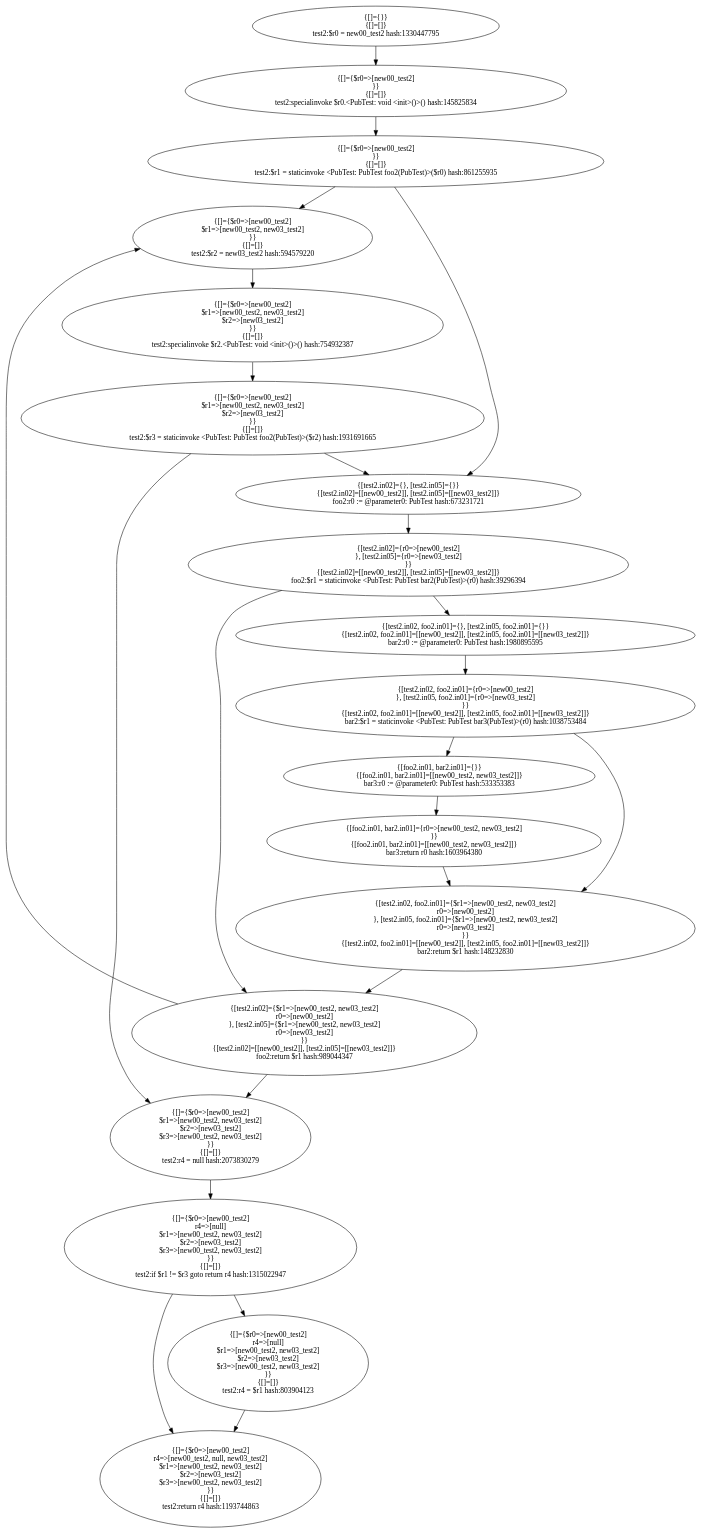
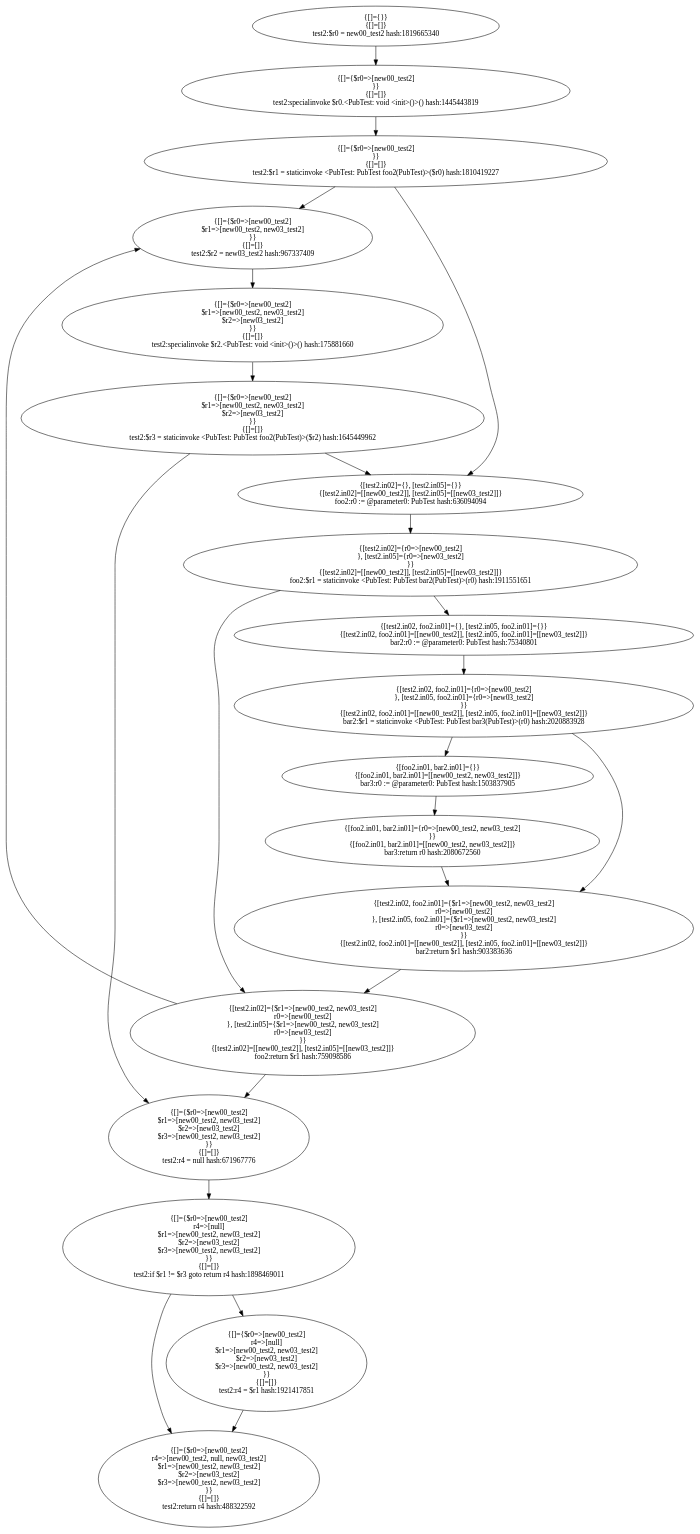
Before and after one commit to khushit-shah/PointsToAnalysisJava: the diagram in target1-pub/PubTest.test2.dot, drawn with Graphviz. The commit also changed 94 other files, not shown here.

```diff
--- a/target1-pub/PubTest.test2.dot
+++ b/target1-pub/PubTest.test2.dot
@@ -1,39 +1,39 @@
 digraph "./target1-pub/PubTest.test2" {
     "{[]={}}
 {[]=[]}
-test2:$r0 = new00_test2 hash:1330447795";
+test2:$r0 = new00_test2 hash:1819665340";
     "{[]={$r0=>[new00_test2]
 }}
 {[]=[]}
-test2:specialinvoke $r0.<PubTest: void <init>()>() hash:145825834";
+test2:specialinvoke $r0.<PubTest: void <init>()>() hash:1445443819";
     "{[]={$r0=>[new00_test2]
 }}
 {[]=[]}
-test2:$r1 = staticinvoke <PubTest: PubTest foo2(PubTest)>($r0) hash:861255935";
+test2:$r1 = staticinvoke <PubTest: PubTest foo2(PubTest)>($r0) hash:1810419227";
     "{[]={$r0=>[new00_test2]
 $r1=>[new00_test2, new03_test2]
 }}
 {[]=[]}
-test2:$r2 = new03_test2 hash:594579220";
+test2:$r2 = new03_test2 hash:967337409";
     "{[]={$r0=>[new00_test2]
 $r1=>[new00_test2, new03_test2]
 $r2=>[new03_test2]
 }}
 {[]=[]}
-test2:specialinvoke $r2.<PubTest: void <init>()>() hash:754932387";
+test2:specialinvoke $r2.<PubTest: void <init>()>() hash:175881660";
     "{[]={$r0=>[new00_test2]
 $r1=>[new00_test2, new03_test2]
 $r2=>[new03_test2]
 }}
 {[]=[]}
-test2:$r3 = staticinvoke <PubTest: PubTest foo2(PubTest)>($r2) hash:1931691665";
+test2:$r3 = staticinvoke <PubTest: PubTest foo2(PubTest)>($r2) hash:1645449962";
     "{[]={$r0=>[new00_test2]
 $r1=>[new00_test2, new03_test2]
 $r2=>[new03_test2]
 $r3=>[new00_test2, new03_test2]
 }}
 {[]=[]}
-test2:r4 = null hash:2073830279";
+test2:r4 = null hash:671967776";
     "{[]={$r0=>[new00_test2]
 r4=>[null]
 $r1=>[new00_test2, new03_test2]
@@ -41,7 +41,7 @@
 $r3=>[new00_test2, new03_test2]
 }}
 {[]=[]}
-test2:if $r1 != $r3 goto return r4 hash:1315022947";
+test2:if $r1 != $r3 goto return r4 hash:1898469011";
     "{[]={$r0=>[new00_test2]
 r4=>[null]
 $r1=>[new00_test2, new03_test2]
@@ -49,7 +49,7 @@
 $r3=>[new00_test2, new03_test2]
 }}
 {[]=[]}
-test2:r4 = $r1 hash:803904123";
+test2:r4 = $r1 hash:1921417851";
     "{[]={$r0=>[new00_test2]
 r4=>[new00_test2, null, new03_test2]
 $r1=>[new00_test2, new03_test2]
@@ -57,126 +57,126 @@
 $r3=>[new00_test2, new03_test2]
 }}
 {[]=[]}
-test2:return r4 hash:1193744863";
+test2:return r4 hash:488322592";
     "{[test2.in02]={}, [test2.in05]={}}
 {[test2.in02]=[[new00_test2]], [test2.in05]=[[new03_test2]]}
-foo2:r0 := @parameter0: PubTest hash:673231721";
+foo2:r0 := @parameter0: PubTest hash:636094094";
     "{[test2.in02]={r0=>[new00_test2]
 }, [test2.in05]={r0=>[new03_test2]
 }}
 {[test2.in02]=[[new00_test2]], [test2.in05]=[[new03_test2]]}
-foo2:$r1 = staticinvoke <PubTest: PubTest bar2(PubTest)>(r0) hash:39296394";
+foo2:$r1 = staticinvoke <PubTest: PubTest bar2(PubTest)>(r0) hash:1911551651";
     "{[test2.in02]={$r1=>[new00_test2, new03_test2]
 r0=>[new00_test2]
 }, [test2.in05]={$r1=>[new00_test2, new03_test2]
 r0=>[new03_test2]
 }}
 {[test2.in02]=[[new00_test2]], [test2.in05]=[[new03_test2]]}
-foo2:return $r1 hash:989044347";
+foo2:return $r1 hash:759098586";
     "{[test2.in02, foo2.in01]={}, [test2.in05, foo2.in01]={}}
 {[test2.in02, foo2.in01]=[[new00_test2]], [test2.in05, foo2.in01]=[[new03_test2]]}
-bar2:r0 := @parameter0: PubTest hash:1980895595";
+bar2:r0 := @parameter0: PubTest hash:75340801";
     "{[test2.in02, foo2.in01]={r0=>[new00_test2]
 }, [test2.in05, foo2.in01]={r0=>[new03_test2]
 }}
 {[test2.in02, foo2.in01]=[[new00_test2]], [test2.in05, foo2.in01]=[[new03_test2]]}
-bar2:$r1 = staticinvoke <PubTest: PubTest bar3(PubTest)>(r0) hash:1038753484";
+bar2:$r1 = staticinvoke <PubTest: PubTest bar3(PubTest)>(r0) hash:2020883928";
     "{[test2.in02, foo2.in01]={$r1=>[new00_test2, new03_test2]
 r0=>[new00_test2]
 }, [test2.in05, foo2.in01]={$r1=>[new00_test2, new03_test2]
 r0=>[new03_test2]
 }}
 {[test2.in02, foo2.in01]=[[new00_test2]], [test2.in05, foo2.in01]=[[new03_test2]]}
-bar2:return $r1 hash:148232830";
+bar2:return $r1 hash:903383636";
     "{[foo2.in01, bar2.in01]={}}
 {[foo2.in01, bar2.in01]=[[new00_test2, new03_test2]]}
-bar3:r0 := @parameter0: PubTest hash:533353383";
+bar3:r0 := @parameter0: PubTest hash:1503837905";
     "{[foo2.in01, bar2.in01]={r0=>[new00_test2, new03_test2]
 }}
 {[foo2.in01, bar2.in01]=[[new00_test2, new03_test2]]}
-bar3:return r0 hash:1603964380";
+bar3:return r0 hash:2080672560";
     "{[]={}}
 {[]=[]}
-test2:$r0 = new00_test2 hash:1330447795"->"{[]={$r0=>[new00_test2]
+test2:$r0 = new00_test2 hash:1819665340"->"{[]={$r0=>[new00_test2]
 }}
 {[]=[]}
-test2:specialinvoke $r0.<PubTest: void <init>()>() hash:145825834";
+test2:specialinvoke $r0.<PubTest: void <init>()>() hash:1445443819";
     "{[]={$r0=>[new00_test2]
 }}
 {[]=[]}
-test2:specialinvoke $r0.<PubTest: void <init>()>() hash:145825834"->"{[]={$r0=>[new00_test2]
+test2:specialinvoke $r0.<PubTest: void <init>()>() hash:1445443819"->"{[]={$r0=>[new00_test2]
 }}
 {[]=[]}
-test2:$r1 = staticinvoke <PubTest: PubTest foo2(PubTest)>($r0) hash:861255935";
+test2:$r1 = staticinvoke <PubTest: PubTest foo2(PubTest)>($r0) hash:1810419227";
     "{[]={$r0=>[new00_test2]
 }}
 {[]=[]}
-test2:$r1 = staticinvoke <PubTest: PubTest foo2(PubTest)>($r0) hash:861255935"->"{[]={$r0=>[new00_test2]
+test2:$r1 = staticinvoke <PubTest: PubTest foo2(PubTest)>($r0) hash:1810419227"->"{[test2.in02]={}, [test2.in05]={}}
+{[test2.in02]=[[new00_test2]], [test2.in05]=[[new03_test2]]}
+foo2:r0 := @parameter0: PubTest hash:636094094";
+    "{[]={$r0=>[new00_test2]
+}}
+{[]=[]}
+test2:$r1 = staticinvoke <PubTest: PubTest foo2(PubTest)>($r0) hash:1810419227"->"{[]={$r0=>[new00_test2]
 $r1=>[new00_test2, new03_test2]
 }}
 {[]=[]}
-test2:$r2 = new03_test2 hash:594579220";
-    "{[]={$r0=>[new00_test2]
-}}
-{[]=[]}
-test2:$r1 = staticinvoke <PubTest: PubTest foo2(PubTest)>($r0) hash:861255935"->"{[test2.in02]={}, [test2.in05]={}}
-{[test2.in02]=[[new00_test2]], [test2.in05]=[[new03_test2]]}
-foo2:r0 := @parameter0: PubTest hash:673231721";
+test2:$r2 = new03_test2 hash:967337409";
     "{[]={$r0=>[new00_test2]
 $r1=>[new00_test2, new03_test2]
 }}
 {[]=[]}
-test2:$r2 = new03_test2 hash:594579220"->"{[]={$r0=>[new00_test2]
+test2:$r2 = new03_test2 hash:967337409"->"{[]={$r0=>[new00_test2]
 $r1=>[new00_test2, new03_test2]
 $r2=>[new03_test2]
 }}
 {[]=[]}
-test2:specialinvoke $r2.<PubTest: void <init>()>() hash:754932387";
+test2:specialinvoke $r2.<PubTest: void <init>()>() hash:175881660";
     "{[]={$r0=>[new00_test2]
 $r1=>[new00_test2, new03_test2]
 $r2=>[new03_test2]
 }}
 {[]=[]}
-test2:specialinvoke $r2.<PubTest: void <init>()>() hash:754932387"->"{[]={$r0=>[new00_test2]
+test2:specialinvoke $r2.<PubTest: void <init>()>() hash:175881660"->"{[]={$r0=>[new00_test2]
 $r1=>[new00_test2, new03_test2]
 $r2=>[new03_test2]
 }}
 {[]=[]}
-test2:$r3 = staticinvoke <PubTest: PubTest foo2(PubTest)>($r2) hash:1931691665";
+test2:$r3 = staticinvoke <PubTest: PubTest foo2(PubTest)>($r2) hash:1645449962";
     "{[]={$r0=>[new00_test2]
 $r1=>[new00_test2, new03_test2]
 $r2=>[new03_test2]
 }}
 {[]=[]}
-test2:$r3 = staticinvoke <PubTest: PubTest foo2(PubTest)>($r2) hash:1931691665"->"{[]={$r0=>[new00_test2]
+test2:$r3 = staticinvoke <PubTest: PubTest foo2(PubTest)>($r2) hash:1645449962"->"{[test2.in02]={}, [test2.in05]={}}
+{[test2.in02]=[[new00_test2]], [test2.in05]=[[new03_test2]]}
+foo2:r0 := @parameter0: PubTest hash:636094094";
+    "{[]={$r0=>[new00_test2]
+$r1=>[new00_test2, new03_test2]
+$r2=>[new03_test2]
+}}
+{[]=[]}
+test2:$r3 = staticinvoke <PubTest: PubTest foo2(PubTest)>($r2) hash:1645449962"->"{[]={$r0=>[new00_test2]
 $r1=>[new00_test2, new03_test2]
 $r2=>[new03_test2]
 $r3=>[new00_test2, new03_test2]
 }}
 {[]=[]}
-test2:r4 = null hash:2073830279";
-    "{[]={$r0=>[new00_test2]
-$r1=>[new00_test2, new03_test2]
-$r2=>[new03_test2]
-}}
-{[]=[]}
-test2:$r3 = staticinvoke <PubTest: PubTest foo2(PubTest)>($r2) hash:1931691665"->"{[test2.in02]={}, [test2.in05]={}}
-{[test2.in02]=[[new00_test2]], [test2.in05]=[[new03_test2]]}
-foo2:r0 := @parameter0: PubTest hash:673231721";
+test2:r4 = null hash:671967776";
     "{[]={$r0=>[new00_test2]
 $r1=>[new00_test2, new03_test2]
 $r2=>[new03_test2]
 $r3=>[new00_test2, new03_test2]
 }}
 {[]=[]}
-test2:r4 = null hash:2073830279"->"{[]={$r0=>[new00_test2]
+test2:r4 = null hash:671967776"->"{[]={$r0=>[new00_test2]
 r4=>[null]
 $r1=>[new00_test2, new03_test2]
 $r2=>[new03_test2]
 $r3=>[new00_test2, new03_test2]
 }}
 {[]=[]}
-test2:if $r1 != $r3 goto return r4 hash:1315022947";
+test2:if $r1 != $r3 goto return r4 hash:1898469011";
     "{[]={$r0=>[new00_test2]
 r4=>[null]
 $r1=>[new00_test2, new03_test2]
@@ -184,14 +184,14 @@
 $r3=>[new00_test2, new03_test2]
 }}
 {[]=[]}
-test2:if $r1 != $r3 goto return r4 hash:1315022947"->"{[]={$r0=>[new00_test2]
+test2:if $r1 != $r3 goto return r4 hash:1898469011"->"{[]={$r0=>[new00_test2]
 r4=>[null]
 $r1=>[new00_test2, new03_test2]
 $r2=>[new03_test2]
 $r3=>[new00_test2, new03_test2]
 }}
 {[]=[]}
-test2:r4 = $r1 hash:803904123";
+test2:r4 = $r1 hash:1921417851";
     "{[]={$r0=>[new00_test2]
 r4=>[null]
 $r1=>[new00_test2, new03_test2]
@@ -199,14 +199,14 @@
 $r3=>[new00_test2, new03_test2]
 }}
 {[]=[]}
-test2:if $r1 != $r3 goto return r4 hash:1315022947"->"{[]={$r0=>[new00_test2]
+test2:if $r1 != $r3 goto return r4 hash:1898469011"->"{[]={$r0=>[new00_test2]
 r4=>[new00_test2, null, new03_test2]
 $r1=>[new00_test2, new03_test2]
 $r2=>[new03_test2]
 $r3=>[new00_test2, new03_test2]
 }}
 {[]=[]}
-test2:return r4 hash:1193744863";
+test2:return r4 hash:488322592";
     "{[]={$r0=>[new00_test2]
 r4=>[null]
 $r1=>[new00_test2, new03_test2]
@@ -214,115 +214,115 @@
 $r3=>[new00_test2, new03_test2]
 }}
 {[]=[]}
-test2:r4 = $r1 hash:803904123"->"{[]={$r0=>[new00_test2]
+test2:r4 = $r1 hash:1921417851"->"{[]={$r0=>[new00_test2]
 r4=>[new00_test2, null, new03_test2]
 $r1=>[new00_test2, new03_test2]
 $r2=>[new03_test2]
 $r3=>[new00_test2, new03_test2]
 }}
 {[]=[]}
-test2:return r4 hash:1193744863";
+test2:return r4 hash:488322592";
     "{[test2.in02]={}, [test2.in05]={}}
 {[test2.in02]=[[new00_test2]], [test2.in05]=[[new03_test2]]}
-foo2:r0 := @parameter0: PubTest hash:673231721"->"{[test2.in02]={r0=>[new00_test2]
+foo2:r0 := @parameter0: PubTest hash:636094094"->"{[test2.in02]={r0=>[new00_test2]
 }, [test2.in05]={r0=>[new03_test2]
 }}
 {[test2.in02]=[[new00_test2]], [test2.in05]=[[new03_test2]]}
-foo2:$r1 = staticinvoke <PubTest: PubTest bar2(PubTest)>(r0) hash:39296394";
+foo2:$r1 = staticinvoke <PubTest: PubTest bar2(PubTest)>(r0) hash:1911551651";
     "{[test2.in02]={r0=>[new00_test2]
 }, [test2.in05]={r0=>[new03_test2]
 }}
 {[test2.in02]=[[new00_test2]], [test2.in05]=[[new03_test2]]}
-foo2:$r1 = staticinvoke <PubTest: PubTest bar2(PubTest)>(r0) hash:39296394"->"{[test2.in02]={$r1=>[new00_test2, new03_test2]
+foo2:$r1 = staticinvoke <PubTest: PubTest bar2(PubTest)>(r0) hash:1911551651"->"{[test2.in02, foo2.in01]={}, [test2.in05, foo2.in01]={}}
+{[test2.in02, foo2.in01]=[[new00_test2]], [test2.in05, foo2.in01]=[[new03_test2]]}
+bar2:r0 := @parameter0: PubTest hash:75340801";
+    "{[test2.in02]={r0=>[new00_test2]
+}, [test2.in05]={r0=>[new03_test2]
+}}
+{[test2.in02]=[[new00_test2]], [test2.in05]=[[new03_test2]]}
+foo2:$r1 = staticinvoke <PubTest: PubTest bar2(PubTest)>(r0) hash:1911551651"->"{[test2.in02]={$r1=>[new00_test2, new03_test2]
 r0=>[new00_test2]
 }, [test2.in05]={$r1=>[new00_test2, new03_test2]
 r0=>[new03_test2]
 }}
 {[test2.in02]=[[new00_test2]], [test2.in05]=[[new03_test2]]}
-foo2:return $r1 hash:989044347";
-    "{[test2.in02]={r0=>[new00_test2]
-}, [test2.in05]={r0=>[new03_test2]
-}}
-{[test2.in02]=[[new00_test2]], [test2.in05]=[[new03_test2]]}
-foo2:$r1 = staticinvoke <PubTest: PubTest bar2(PubTest)>(r0) hash:39296394"->"{[test2.in02, foo2.in01]={}, [test2.in05, foo2.in01]={}}
-{[test2.in02, foo2.in01]=[[new00_test2]], [test2.in05, foo2.in01]=[[new03_test2]]}
-bar2:r0 := @parameter0: PubTest hash:1980895595";
+foo2:return $r1 hash:759098586";
     "{[test2.in02]={$r1=>[new00_test2, new03_test2]
 r0=>[new00_test2]
 }, [test2.in05]={$r1=>[new00_test2, new03_test2]
 r0=>[new03_test2]
 }}
 {[test2.in02]=[[new00_test2]], [test2.in05]=[[new03_test2]]}
-foo2:return $r1 hash:989044347"->"{[]={$r0=>[new00_test2]
+foo2:return $r1 hash:759098586"->"{[]={$r0=>[new00_test2]
 $r1=>[new00_test2, new03_test2]
 }}
 {[]=[]}
-test2:$r2 = new03_test2 hash:594579220";
+test2:$r2 = new03_test2 hash:967337409";
     "{[test2.in02]={$r1=>[new00_test2, new03_test2]
 r0=>[new00_test2]
 }, [test2.in05]={$r1=>[new00_test2, new03_test2]
 r0=>[new03_test2]
 }}
 {[test2.in02]=[[new00_test2]], [test2.in05]=[[new03_test2]]}
-foo2:return $r1 hash:989044347"->"{[]={$r0=>[new00_test2]
+foo2:return $r1 hash:759098586"->"{[]={$r0=>[new00_test2]
 $r1=>[new00_test2, new03_test2]
 $r2=>[new03_test2]
 $r3=>[new00_test2, new03_test2]
 }}
 {[]=[]}
-test2:r4 = null hash:2073830279";
+test2:r4 = null hash:671967776";
     "{[test2.in02, foo2.in01]={}, [test2.in05, foo2.in01]={}}
 {[test2.in02, foo2.in01]=[[new00_test2]], [test2.in05, foo2.in01]=[[new03_test2]]}
-bar2:r0 := @parameter0: PubTest hash:1980895595"->"{[test2.in02, foo2.in01]={r0=>[new00_test2]
+bar2:r0 := @parameter0: PubTest hash:75340801"->"{[test2.in02, foo2.in01]={r0=>[new00_test2]
 }, [test2.in05, foo2.in01]={r0=>[new03_test2]
 }}
 {[test2.in02, foo2.in01]=[[new00_test2]], [test2.in05, foo2.in01]=[[new03_test2]]}
-bar2:$r1 = staticinvoke <PubTest: PubTest bar3(PubTest)>(r0) hash:1038753484";
+bar2:$r1 = staticinvoke <PubTest: PubTest bar3(PubTest)>(r0) hash:2020883928";
     "{[test2.in02, foo2.in01]={r0=>[new00_test2]
 }, [test2.in05, foo2.in01]={r0=>[new03_test2]
 }}
 {[test2.in02, foo2.in01]=[[new00_test2]], [test2.in05, foo2.in01]=[[new03_test2]]}
-bar2:$r1 = staticinvoke <PubTest: PubTest bar3(PubTest)>(r0) hash:1038753484"->"{[test2.in02, foo2.in01]={$r1=>[new00_test2, new03_test2]
+bar2:$r1 = staticinvoke <PubTest: PubTest bar3(PubTest)>(r0) hash:2020883928"->"{[foo2.in01, bar2.in01]={}}
+{[foo2.in01, bar2.in01]=[[new00_test2, new03_test2]]}
+bar3:r0 := @parameter0: PubTest hash:1503837905";
+    "{[test2.in02, foo2.in01]={r0=>[new00_test2]
+}, [test2.in05, foo2.in01]={r0=>[new03_test2]
+}}
+{[test2.in02, foo2.in01]=[[new00_test2]], [test2.in05, foo2.in01]=[[new03_test2]]}
+bar2:$r1 = staticinvoke <PubTest: PubTest bar3(PubTest)>(r0) hash:2020883928"->"{[test2.in02, foo2.in01]={$r1=>[new00_test2, new03_test2]
 r0=>[new00_test2]
 }, [test2.in05, foo2.in01]={$r1=>[new00_test2, new03_test2]
 r0=>[new03_test2]
 }}
 {[test2.in02, foo2.in01]=[[new00_test2]], [test2.in05, foo2.in01]=[[new03_test2]]}
-bar2:return $r1 hash:148232830";
-    "{[test2.in02, foo2.in01]={r0=>[new00_test2]
-}, [test2.in05, foo2.in01]={r0=>[new03_test2]
-}}
-{[test2.in02, foo2.in01]=[[new00_test2]], [test2.in05, foo2.in01]=[[new03_test2]]}
-bar2:$r1 = staticinvoke <PubTest: PubTest bar3(PubTest)>(r0) hash:1038753484"->"{[foo2.in01, bar2.in01]={}}
-{[foo2.in01, bar2.in01]=[[new00_test2, new03_test2]]}
-bar3:r0 := @parameter0: PubTest hash:533353383";
+bar2:return $r1 hash:903383636";
     "{[test2.in02, foo2.in01]={$r1=>[new00_test2, new03_test2]
 r0=>[new00_test2]
 }, [test2.in05, foo2.in01]={$r1=>[new00_test2, new03_test2]
 r0=>[new03_test2]
 }}
 {[test2.in02, foo2.in01]=[[new00_test2]], [test2.in05, foo2.in01]=[[new03_test2]]}
-bar2:return $r1 hash:148232830"->"{[test2.in02]={$r1=>[new00_test2, new03_test2]
+bar2:return $r1 hash:903383636"->"{[test2.in02]={$r1=>[new00_test2, new03_test2]
 r0=>[new00_test2]
 }, [test2.in05]={$r1=>[new00_test2, new03_test2]
 r0=>[new03_test2]
 }}
 {[test2.in02]=[[new00_test2]], [test2.in05]=[[new03_test2]]}
-foo2:return $r1 hash:989044347";
+foo2:return $r1 hash:759098586";
     "{[foo2.in01, bar2.in01]={}}
 {[foo2.in01, bar2.in01]=[[new00_test2, new03_test2]]}
-bar3:r0 := @parameter0: PubTest hash:533353383"->"{[foo2.in01, bar2.in01]={r0=>[new00_test2, new03_test2]
+bar3:r0 := @parameter0: PubTest hash:1503837905"->"{[foo2.in01, bar2.in01]={r0=>[new00_test2, new03_test2]
 }}
 {[foo2.in01, bar2.in01]=[[new00_test2, new03_test2]]}
-bar3:return r0 hash:1603964380";
+bar3:return r0 hash:2080672560";
     "{[foo2.in01, bar2.in01]={r0=>[new00_test2, new03_test2]
 }}
 {[foo2.in01, bar2.in01]=[[new00_test2, new03_test2]]}
-bar3:return r0 hash:1603964380"->"{[test2.in02, foo2.in01]={$r1=>[new00_test2, new03_test2]
+bar3:return r0 hash:2080672560"->"{[test2.in02, foo2.in01]={$r1=>[new00_test2, new03_test2]
 r0=>[new00_test2]
 }, [test2.in05, foo2.in01]={$r1=>[new00_test2, new03_test2]
 r0=>[new03_test2]
 }}
 {[test2.in02, foo2.in01]=[[new00_test2]], [test2.in05, foo2.in01]=[[new03_test2]]}
-bar2:return $r1 hash:148232830";
+bar2:return $r1 hash:903383636";
 }
```
